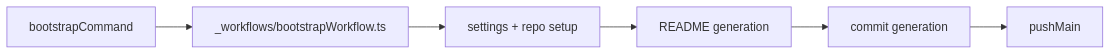
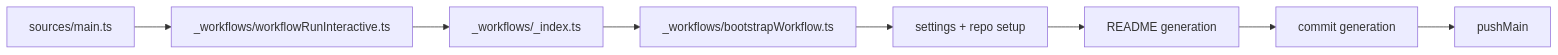
The diagram in doc/bootstrap-workflow-log-removal.md (ex3ndr/holdmybeer), drawn with Mermaid before and after one commit. The commit also changed 12 other files, not shown here.

````diff
--- a/doc/bootstrap-workflow-log-removal.md
+++ b/doc/bootstrap-workflow-log-removal.md
@@ -7,8 +7,10 @@
 ```mermaid
 flowchart LR
-  A[bootstrapCommand] --> B[_workflows/bootstrapWorkflow.ts]
-  B --> C[settings + repo setup]
-  C --> D[README generation]
-  D --> E[commit generation]
-  E --> F[pushMain]
+  A[sources/main.ts] --> B[_workflows/workflowRunInteractive.ts]
+  B --> C[_workflows/_index.ts]
+  C --> D[_workflows/bootstrapWorkflow.ts]
+  D --> E[settings + repo setup]
+  E --> F[README generation]
+  F --> G[commit generation]
+  G --> H[pushMain]
 ```
````
